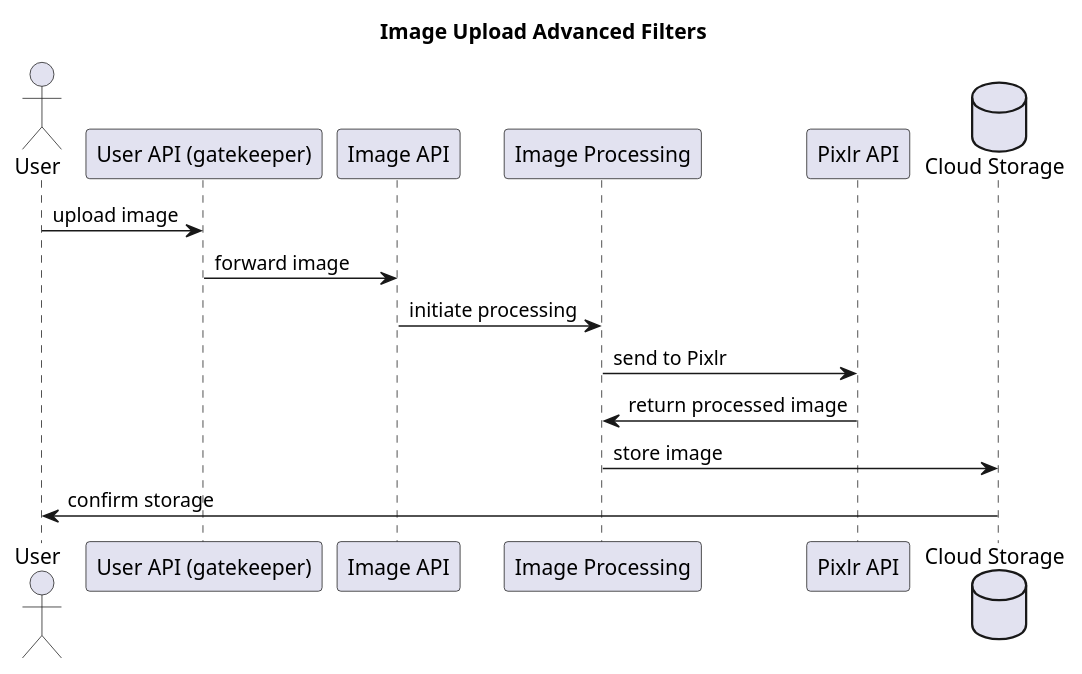
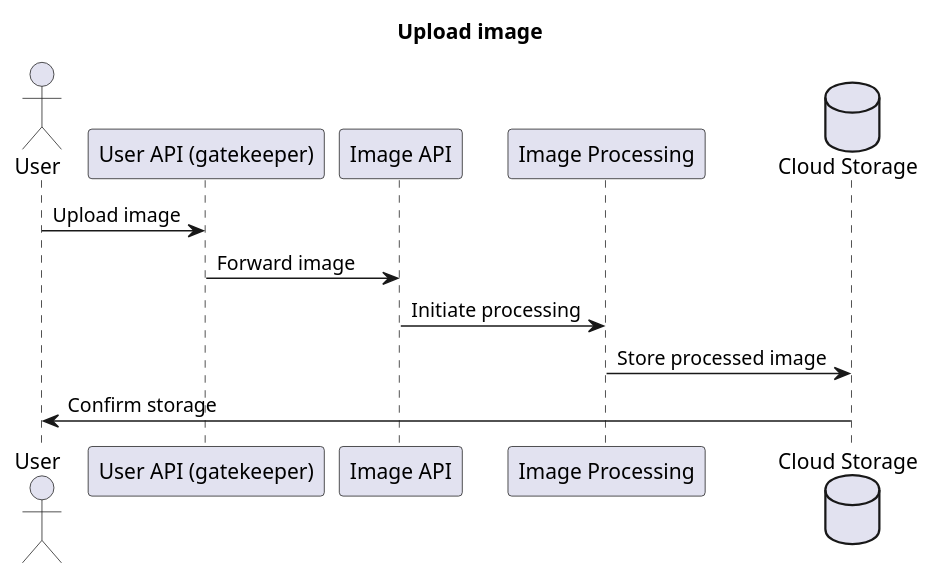
Before and after one commit to CMarquetand/swarc-material: the diagram in uml/imageUpload.plantuml, drawn with PlantUML. The commit also changed 7 other files, not shown here.

Commit message:
make runtime view sequence diagrams more compliant with use cases

```diff
--- a/uml/imageUpload.plantuml
+++ b/uml/imageUpload.plantuml
@@ -1,18 +1,15 @@
-@startuml Image Upload Advanced Filters
-    title Image Upload Advanced Filters
+@startuml Upload image
+    title Upload image
     
     actor User
     participant "User API (gatekeeper)" as U
     participant "Image API" as I
     participant "Image Processing" as IP
-    participant "Pixlr API" as P
     database "Cloud Storage" as FS
 
-    User -> U: upload image
-    U -> I: forward image
-    I -> IP: initiate processing
-    IP -> P: send to Pixlr
-    P -> IP: return processed image
-    IP -> FS: store image
-    FS -> User: confirm storage
+    User -> U: Upload image
+    U -> I: Forward image
+    I -> IP: Initiate processing
+    IP -> FS: Store processed image
+    FS -> User: Confirm storage
 @enduml
```
